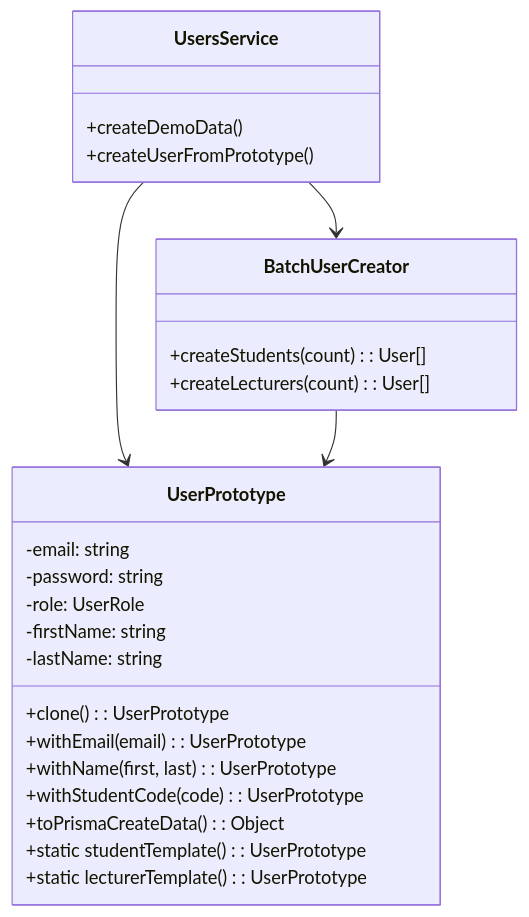
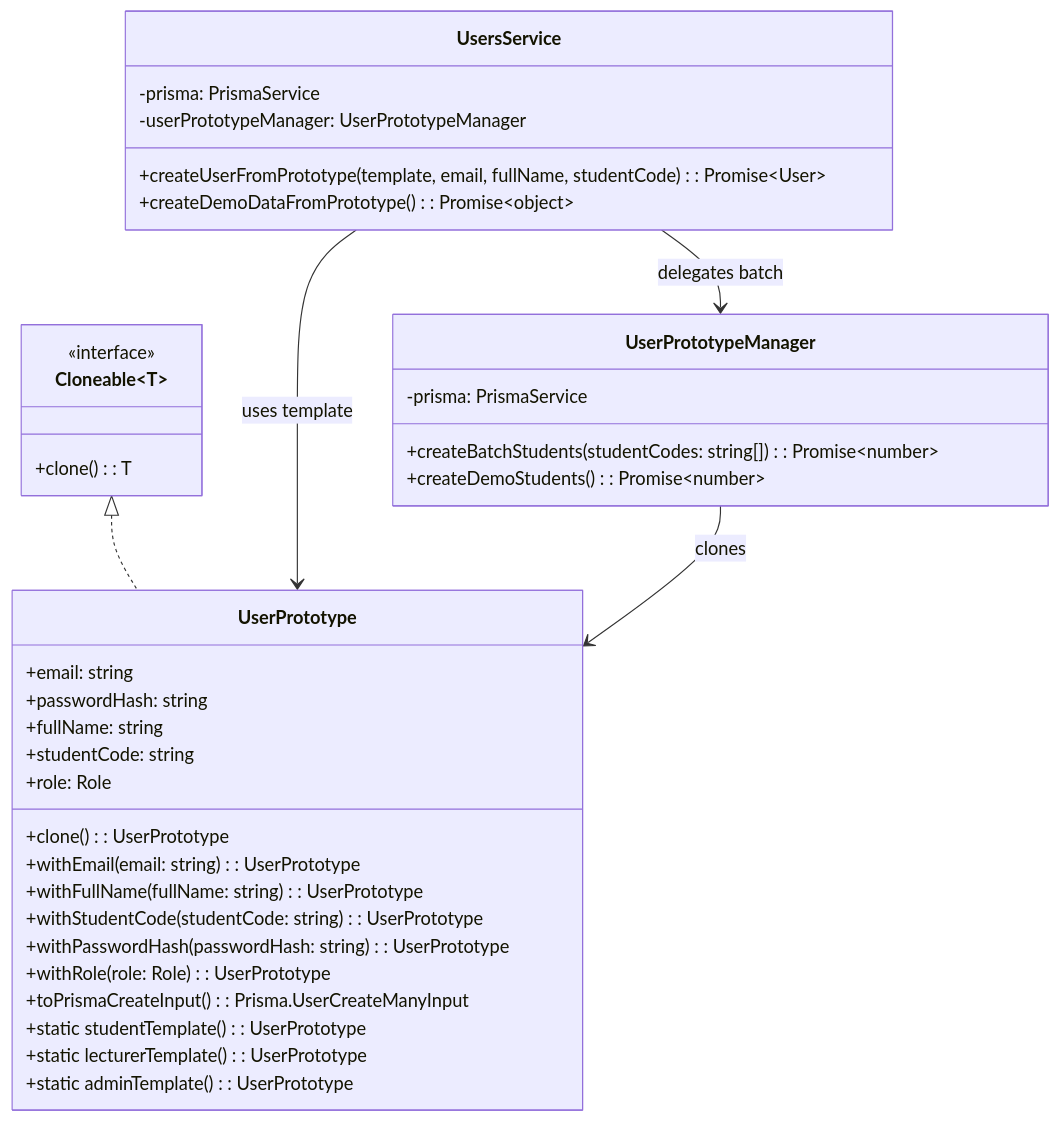
Before and after one commit to iannwendy/QRAttendanceCheckin: the diagram in docs/DesignPatterns/05-PROTOTYPE.md, drawn with Mermaid. The commit also changed other lines of this file and 9 other files, not shown here.

````diff
--- a/docs/DesignPatterns/05-PROTOTYPE.md
+++ b/docs/DesignPatterns/05-PROTOTYPE.md
@@ -324,31 +282,44 @@
 ```mermaid
 classDiagram
+    class Cloneable~T~ {
+        <<interface>>
+        +clone(): T
+    }
+
     class UserPrototype {
-        -email: string
-        -password: string
-        -role: UserRole
-        -firstName: string
-        -lastName: string
+        +email: string
+        +passwordHash: string
+        +fullName: string
+        +studentCode: string
+        +role: Role
         +clone(): UserPrototype
-        +withEmail(email): UserPrototype
-        +withName(first, last): UserPrototype
-        +withStudentCode(code): UserPrototype
-        +toPrismaCreateData(): Object
+        +withEmail(email: string): UserPrototype
+        +withFullName(fullName: string): UserPrototype
+        +withStudentCode(studentCode: string): UserPrototype
+        +withPasswordHash(passwordHash: string): UserPrototype
+        +withRole(role: Role): UserPrototype
+        +toPrismaCreateInput(): Prisma.UserCreateManyInput
         +static studentTemplate(): UserPrototype
         +static lecturerTemplate(): UserPrototype
+        +static adminTemplate(): UserPrototype
     }
-    
-    class BatchUserCreator {
-        +createStudents(count): User[]
-        +createLecturers(count): User[]
+
+    Cloneable~UserPrototype~ <|.. UserPrototype
+
+    class UserPrototypeManager {
+        -prisma: PrismaService
+        +createBatchStudents(studentCodes: string[]): Promise~number~
+        +createDemoStudents(): Promise~number~
     }
-    
+
     class UsersService {
-        +createDemoData()
-        +createUserFromPrototype()
+        -prisma: PrismaService
+        -userPrototypeManager: UserPrototypeManager
+        +createUserFromPrototype(template, email, fullName, studentCode): Promise~User~
+        +createDemoDataFromPrototype(): Promise~object~
     }
-    
-    UsersService --> UserPrototype
-    UsersService --> BatchUserCreator
-    BatchUserCreator --> UserPrototype
+
+    UsersService --> UserPrototype : uses template
+    UsersService --> UserPrototypeManager : delegates batch
+    UserPrototypeManager --> UserPrototype : clones
 ```
````
